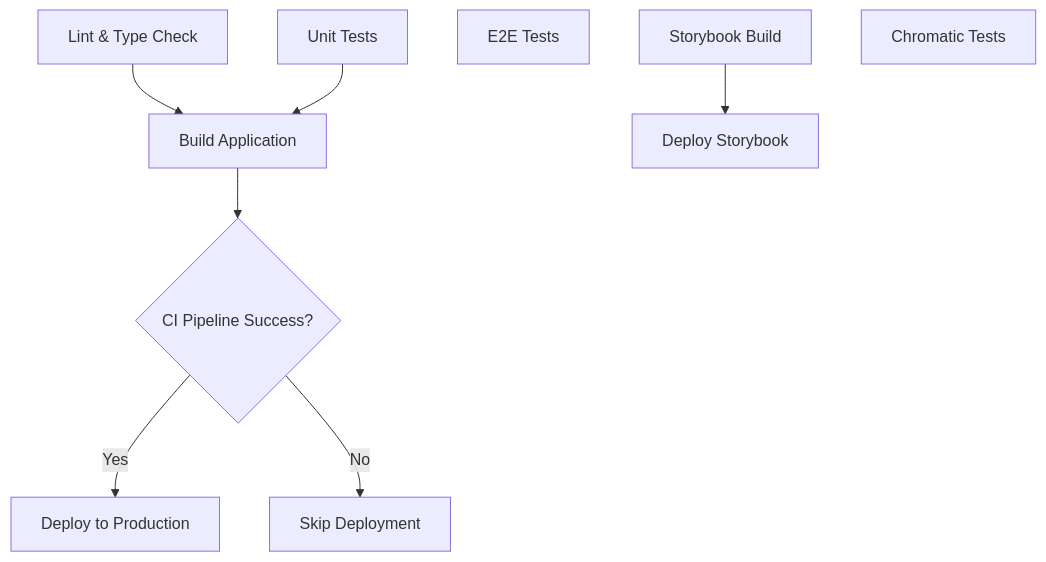
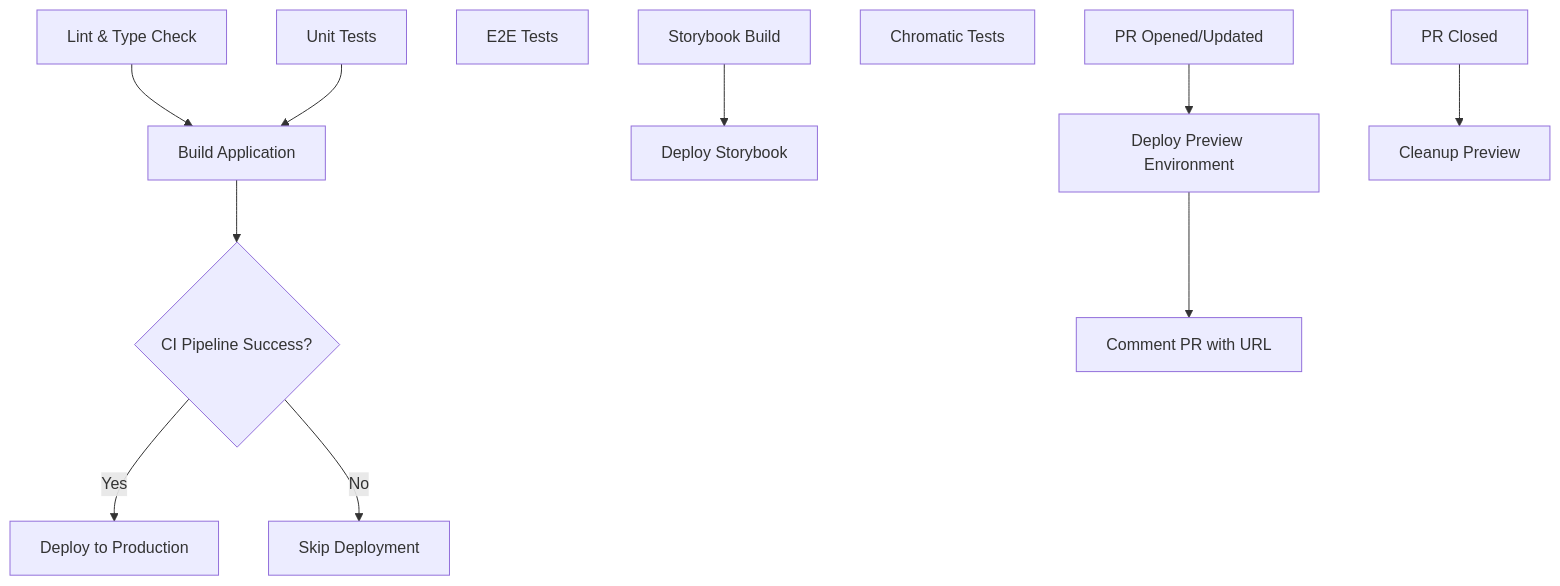
The diagram in docs/CI-CD.md (Krosebrook/pixel-perfect), drawn with Mermaid before and after one commit. The commit also changed other lines of this file and 2 other files, not shown here.

````diff
--- a/docs/CI-CD.md
+++ b/docs/CI-CD.md
@@ -105,11 +122,14 @@
 ```mermaid
 graph TD
     A[Lint & Type Check] --> D[Build Application]
     B[Unit Tests] --> D
     C[E2E Tests]
     D --> H{CI Pipeline Success?}
     H -->|Yes| E[Deploy to Production]
     H -->|No| I[Skip Deployment]
     F[Storybook Build] --> G[Deploy Storybook]
     J[Chromatic Tests]
+    K[PR Opened/Updated] --> L[Deploy Preview Environment]
+    L --> M[Comment PR with URL]
+    N[PR Closed] --> O[Cleanup Preview]
 ```
````
